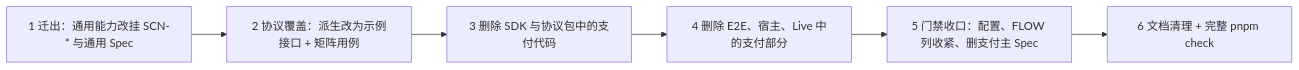
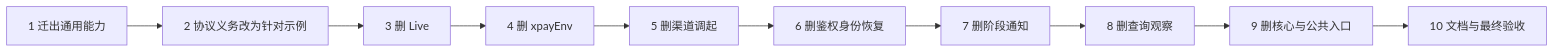
The diagram in openspec/changes/remove-payment-business/design.md (liyongning/scenario-driven-baseline), drawn with Mermaid before and after one commit. The commit also changed other lines of this file and 5 other files, not shown here.

````diff
--- a/openspec/changes/remove-payment-business/design.md
+++ b/openspec/changes/remove-payment-business/design.md
@@ -37,8 +36,6 @@
 ```mermaid
 flowchart LR
-  A["1 迁出：通用能力改挂 SCN-* 与通用 Spec"] --> B["2 协议覆盖：派生改为示例接口 + 矩阵用例"]
-  B --> C["3 删除 SDK 与协议包中的支付代码"]
-  C --> D["4 删除 E2E、宿主、Live 中的支付部分"]
-  D --> E["5 门禁收口：配置、FLOW 列收紧、删支付主 Spec"]
-  E --> F["6 文档清理 + 完整 pnpm check"]
+  T1["1 迁出通用能力"] --> T2["2 协议义务改为针对示例"]
+  T2 --> G1["3 删 Live"] --> G2["4 删 xpayEnv"] --> G3["5 删渠道调起"] --> G4["6 删鉴权身份恢复"] --> G5["7 删阶段通知"] --> G6["8 删查询观察"] --> G7["9 删核心与公共入口"]
+  G7 --> T10["10 文档与最终验收"]
 ```
````
